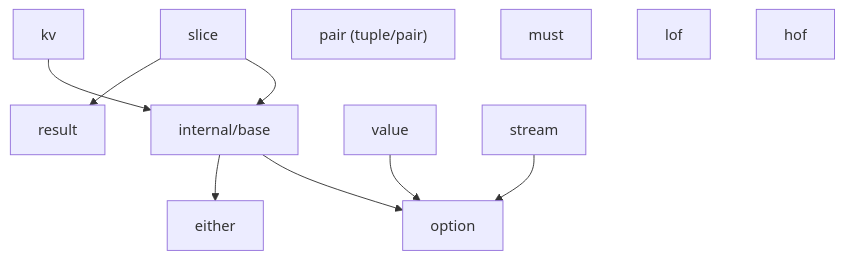
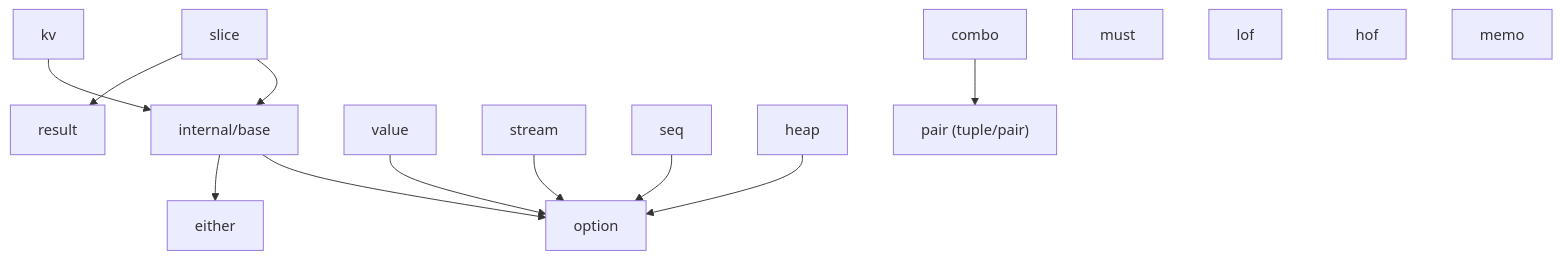
Before and after one commit to binaryphile/fluentfp: the diagram in docs/design.md, drawn with Mermaid. The commit also changed other lines of this file and 3 other files, not shown here.

````diff
--- a/docs/design.md
+++ b/docs/design.md
@@ -7,15 +7,19 @@
 ```mermaid
 flowchart TD
     base["internal/base"] --> option
     base --> either
     slice --> base
     slice --> result
     kv --> base
     value --> option
     result
     stream --> option
+    seq --> option
+    heap --> option
+    combo --> pair
     pair["pair (tuple/pair)"]
     must
     lof
     hof
+    memo
 ```
````
